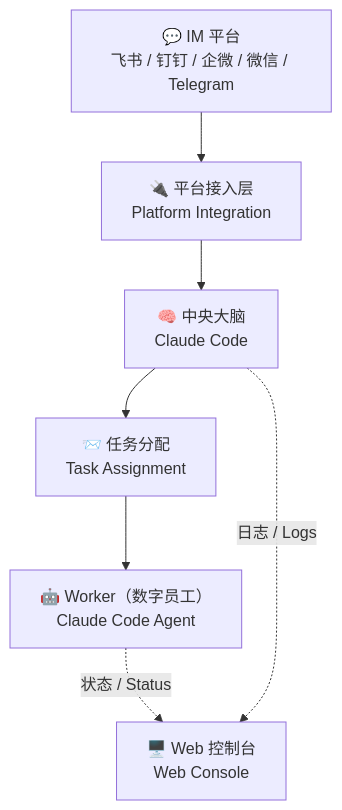
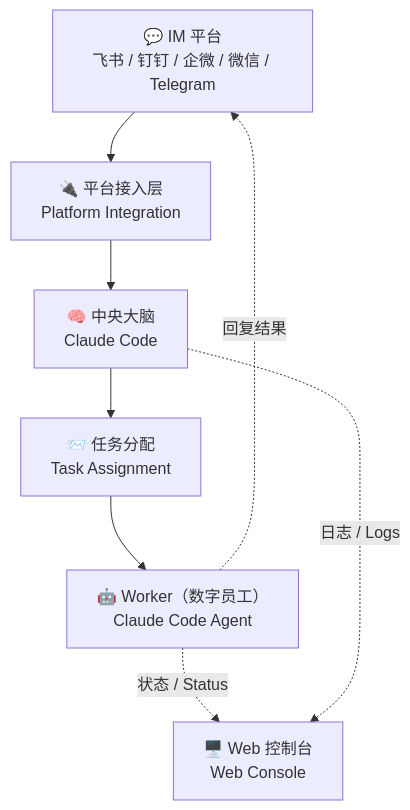
The diagram in README.zh.md (theopenbee/openbee), drawn with Mermaid before and after one commit. The commit also changed other lines of this file and 1 other file, not shown here.

````diff
--- a/README.zh.md
+++ b/README.zh.md
@@ -111,9 +111,10 @@
 ```mermaid
 graph TD
     A["💬 IM 平台\n飞书 / 钉钉 / 企微 / 微信 / Telegram"] --> B["🔌 平台接入层\nPlatform Integration"]
     B --> C["🧠 中央大脑\nClaude Code"]
     C --> D["📨 任务分配\nTask Assignment"]
     D --> E["🤖 Worker（数字员工）\nClaude Code Agent"]
+    E -. "回复结果" .-> A
     E -. "状态 / Status" .-> F["🖥️ Web 控制台\nWeb Console"]
     C -. "日志 / Logs" .-> F
 ```
````
